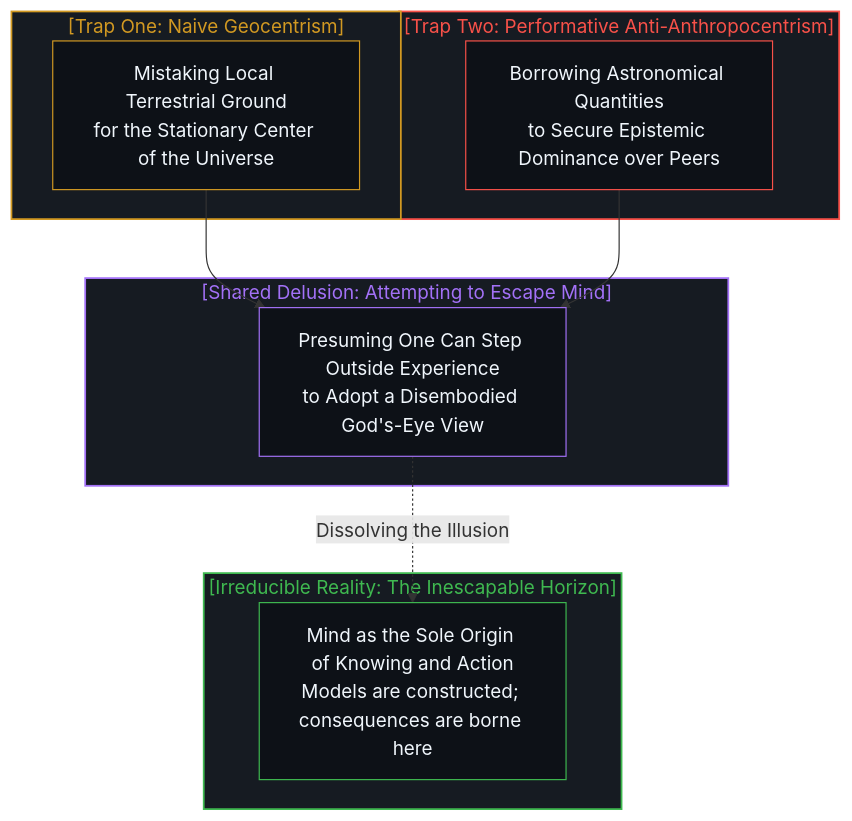
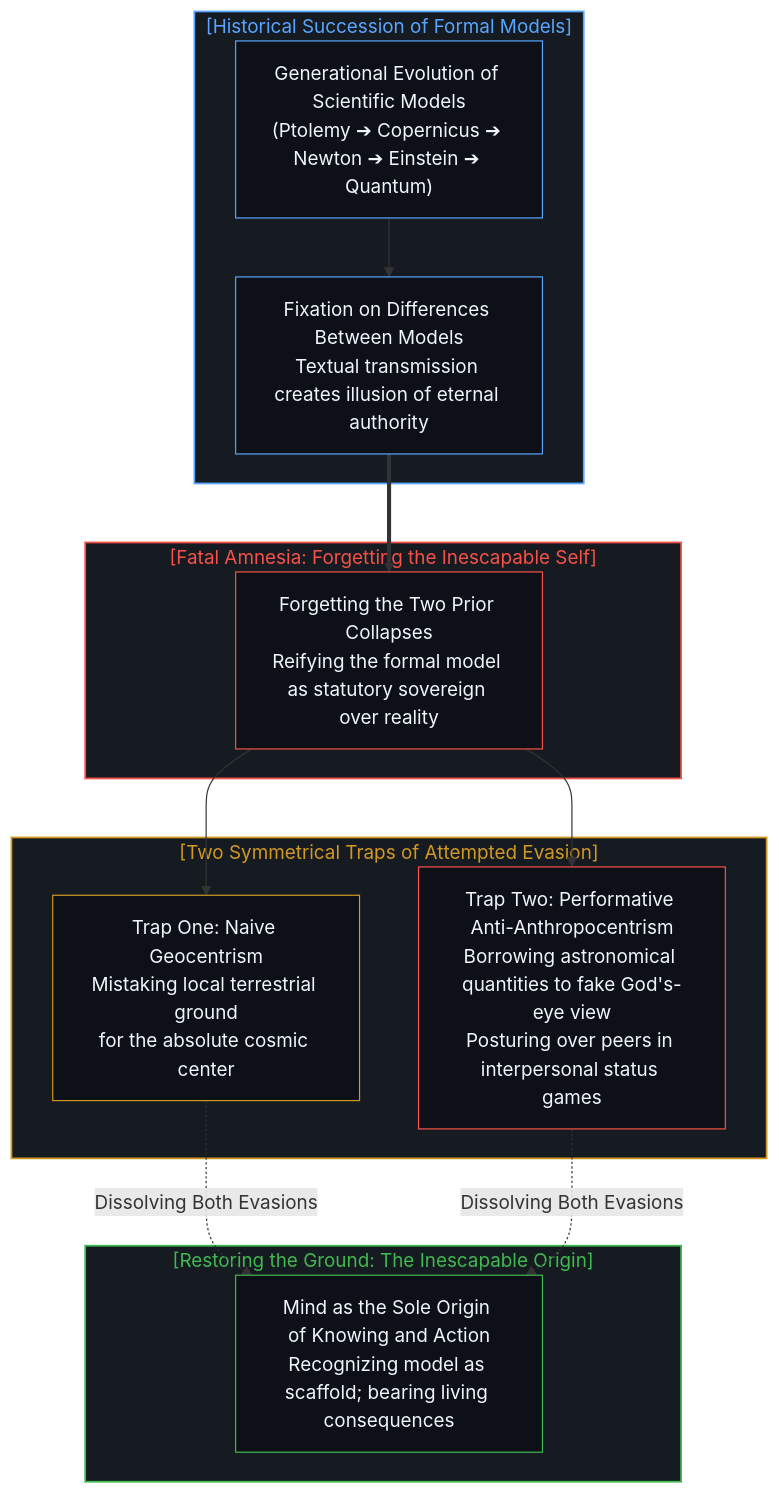
The sixth of 8 diagrams in content/posts/one-cannot-escape-ones-own-mind.md (powerpig99/not-a-toe), drawn with Mermaid before and after one commit. The commit also changed other lines of this file and 2 other files, not shown here.

Commit message:
Enhance Post #332: Integrate two-fold dimensional collapse and historical modeling inversion

````diff
--- a/content/posts/one-cannot-escape-ones-own-mind.md
+++ b/content/posts/one-cannot-escape-ones-own-mind.md
@@ -171,31 +196,38 @@
 ```mermaid
 flowchart TD
-    subgraph S_TrapOne_EN ["[Trap One: Naive Geocentrism]"]
-        TE1["Mistaking Local Terrestrial Ground<br/>for the Stationary Center of the Universe"]
+    subgraph S_HistoricalEvolution_EN ["[Historical Succession of Formal Models]"]
+        HE1["Generational Evolution of Scientific Models<br/>(Ptolemy ➔ Copernicus ➔ Newton ➔ Einstein ➔ Quantum)"]
+        HE2["Fixation on Differences Between Models<br/>Textual transmission creates illusion of eternal authority"]
+        HE1 --> HE2
     end
 
-    subgraph S_TrapTwo_EN ["[Trap Two: Performative Anti-Anthropocentrism]"]
-        TE2["Borrowing Astronomical Quantities<br/>to Secure Epistemic Dominance over Peers"]
+    subgraph S_Amnesia_EN ["[Fatal Amnesia: Forgetting the Inescapable Self]"]
+        AE1["Forgetting the Two Prior Collapses<br/>Reifying the formal model as statutory sovereign over reality"]
     end
 
-    subgraph S_CommonBlindspot_EN ["[Shared Delusion: Attempting to Escape Mind]"]
-        BE1["Presuming One Can Step Outside Experience<br/>to Adopt a Disembodied God's-Eye View"]
+    subgraph S_TwoTraps_EN ["[Two Symmetrical Traps of Attempted Evasion]"]
+        TE1["Trap One: Naive Geocentrism<br/>Mistaking local terrestrial ground<br/>for the absolute cosmic center"]
+        TE2["Trap Two: Performative Anti-Anthropocentrism<br/>Borrowing astronomical quantities to fake God's-eye view<br/>Posturing over peers in interpersonal status games"]
     end
 
-    subgraph S_SovereignTruth_EN ["[Irreducible Reality: The Inescapable Horizon]"]
-        STE1["Mind as the Sole Origin of Knowing and Action<br/>Models are constructed; consequences are borne here"]
+    subgraph S_SovereignReturn_EN ["[Restoring the Ground: The Inescapable Origin]"]
+        SRE1["Mind as the Sole Origin of Knowing and Action<br/>Recognizing model as scaffold; bearing living consequences"]
     end
 
-    TE1 --> BE1
-    TE2 --> BE1
-    BE1 -.->|"Dissolving the Illusion"| STE1
+    HE2 ==> AE1
+    AE1 --> TE1
+    AE1 --> TE2
+    TE1 -.->|"Dissolving Both Evasions"| SRE1
+    TE2 -.->|"Dissolving Both Evasions"| SRE1
 
-    style S_TrapOne_EN fill:#161b22,stroke:#d29922,stroke-width:1.5px,color:#d29922
-    style S_TrapTwo_EN fill:#161b22,stroke:#f85149,stroke-width:1.5px,color:#f85149
-    style S_CommonBlindspot_EN fill:#161b22,stroke:#a371f7,stroke-width:1.5px,color:#a371f7
-    style S_SovereignTruth_EN fill:#161b22,stroke:#3fb950,stroke-width:1.5px,color:#3fb950
+    style S_HistoricalEvolution_EN fill:#161b22,stroke:#58a6ff,stroke-width:1.5px,color:#58a6ff
+    style S_Amnesia_EN fill:#161b22,stroke:#f85149,stroke-width:1.5px,color:#f85149
+    style S_TwoTraps_EN fill:#161b22,stroke:#d29922,stroke-width:1.5px,color:#d29922
+    style S_SovereignReturn_EN fill:#161b22,stroke:#3fb950,stroke-width:1.5px,color:#3fb950
+    style HE1 fill:#0d1117,stroke:#58a6ff,stroke-width:1px,color:#f0f6fc
+    style HE2 fill:#0d1117,stroke:#58a6ff,stroke-width:1px,color:#f0f6fc
+    style AE1 fill:#0d1117,stroke:#f85149,stroke-width:1px,color:#f0f6fc
     style TE1 fill:#0d1117,stroke:#d29922,stroke-width:1px,color:#f0f6fc
     style TE2 fill:#0d1117,stroke:#f85149,stroke-width:1px,color:#f0f6fc
-    style BE1 fill:#0d1117,stroke:#a371f7,stroke-width:1px,color:#f0f6fc
-    style STE1 fill:#0d1117,stroke:#3fb950,stroke-width:1px,color:#f0f6fc
+    style SRE1 fill:#0d1117,stroke:#3fb950,stroke-width:1px,color:#f0f6fc
 ```
````
